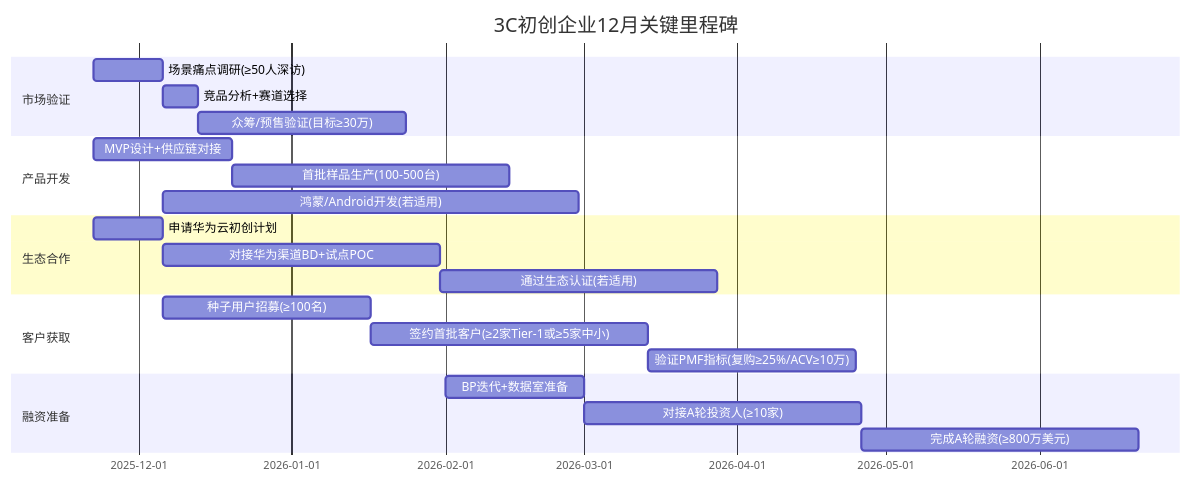
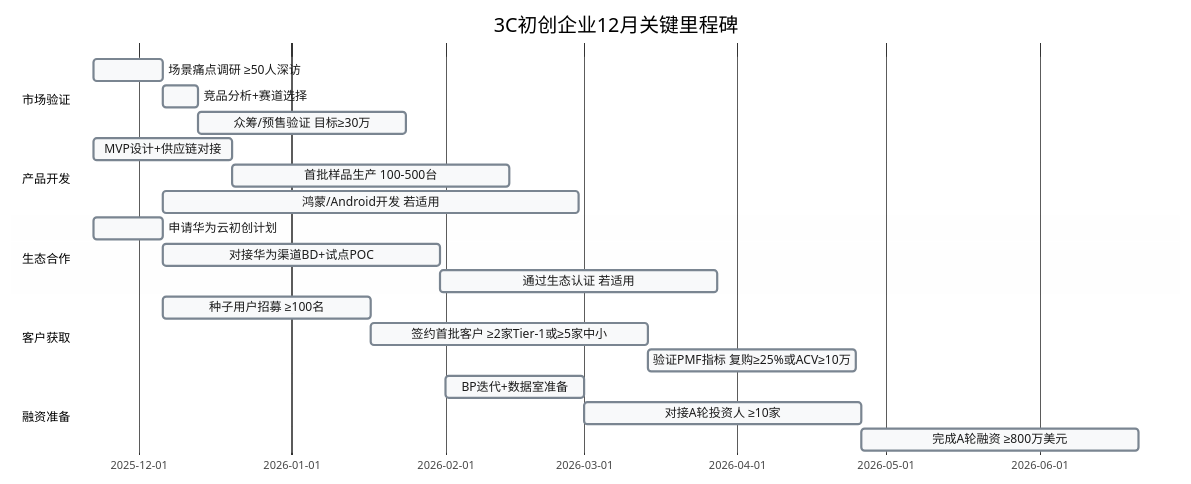
The fifth of 5 diagrams in News/3C-HuaWei/Startup/2025-11-22/ZencoderAuto+_CN.md (ljg-cqu/knowledge), drawn with Mermaid before and after one commit. The commit also changed other lines of this file and 24 other files, not shown here.

````diff
--- a/News/3C-HuaWei/Startup/2025-11-22/ZencoderAuto+_CN.md
+++ b/News/3C-HuaWei/Startup/2025-11-22/ZencoderAuto+_CN.md
@@ -248,25 +416,38 @@
 ```mermaid
+%%{init: {
+  "theme": "base",
+  "themeVariables": {
+    "primaryColor": "#f8f9fa",
+    "primaryTextColor": "#1a1a1a",
+    "primaryBorderColor": "#7a8591",
+    "cScale0": "#f1f8f4",
+    "cScale1": "#eff6fb",
+    "cScale2": "#f8f9fa",
+    "cScale3": "#faf6f0",
+    "cScale4": "#f3f5f7"
+  }
+}}%%
 gantt
     title 3C初创企业12月关键里程碑
     dateFormat YYYY-MM-DD
     section 市场验证
-    场景痛点调研(≥50人深访)           :a1, 2025-11-22, 2w
+    场景痛点调研 ≥50人深访           :a1, 2025-11-22, 2w
     竞品分析+赛道选择                 :a2, after a1, 1w
-    众筹/预售验证(目标≥30万)          :a3, after a2, 6w
+    众筹/预售验证 目标≥30万           :a3, after a2, 6w
     section 产品开发
     MVP设计+供应链对接                :b1, 2025-11-22, 4w
-    首批样品生产(100-500台)           :b2, after b1, 8w
-    鸿蒙/Android开发(若适用)          :b3, 2025-12-06, 12w
+    首批样品生产 100-500台            :b2, after b1, 8w
+    鸿蒙/Android开发 若适用           :b3, 2025-12-06, 12w
     section 生态合作
     申请华为云初创计划                :c1, 2025-11-22, 2w
     对接华为渠道BD+试点POC            :c2, after c1, 8w
-    通过生态认证(若适用)              :c3, after c2, 8w
+    通过生态认证 若适用               :c3, after c2, 8w
     section 客户获取
-    种子用户招募(≥100名)             :d1, 2025-12-06, 6w
-    签约首批客户(≥2家Tier-1或≥5家中小) :d2, after d1, 8w
-    验证PMF指标(复购≥25%/ACV≥10万)   :d3, after d2, 6w
+    种子用户招募 ≥100名              :d1, 2025-12-06, 6w
+    签约首批客户 ≥2家Tier-1或≥5家中小 :d2, after d1, 8w
+    验证PMF指标 复购≥25%或ACV≥10万   :d3, after d2, 6w
     section 融资准备
     BP迭代+数据室准备                 :e1, 2026-02-01, 4w
-    对接A轮投资人(≥10家)             :e2, after e1, 8w
-    完成A轮融资(≥800万美元)          :e3, after e2, 8w
+    对接A轮投资人 ≥10家              :e2, after e1, 8w
+    完成A轮融资 ≥800万美元           :e3, after e2, 8w
 ```
````
